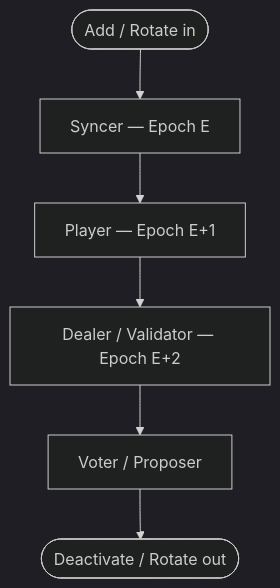
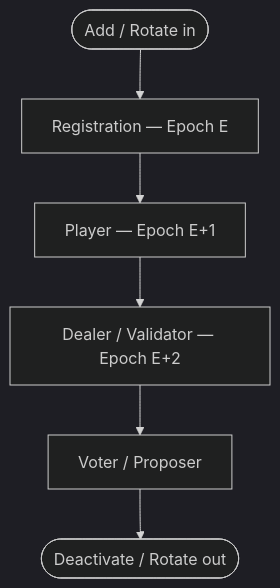
The diagram in src/pages/guide/node/validator-status.mdx (tempoxyz/docs), drawn with Mermaid (dark theme) before and after one commit. The commit also changed other lines of this file and 1 other file, not shown here.

Commit message:
share recovery + syncer -> registration

````diff
--- a/src/pages/guide/node/validator-status.mdx
+++ b/src/pages/guide/node/validator-status.mdx
@@ -61,8 +61,8 @@
 ```mermaid {style: {maxWidth: '360px', margin: '0 auto'}}
 flowchart TD
-    Start(["Add / Rotate in"]) --> A["Syncer — Epoch E"]
+    Start(["Add / Rotate in"]) --> A["Registration — Epoch E"]
     A --> B["Player — Epoch E+1"]
     B --> C["Dealer / Validator — Epoch E+2"]
     C --> D["Voter / Proposer"]
     D --> End(["Deactivate / Rotate out"])
 ```
````
